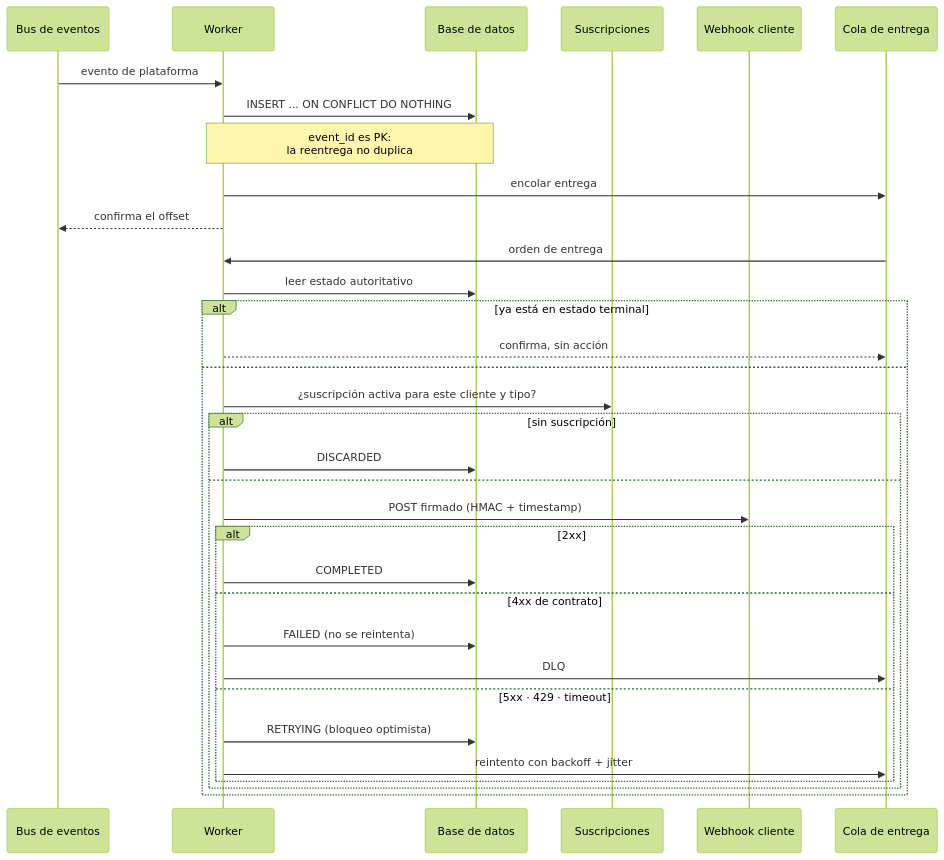
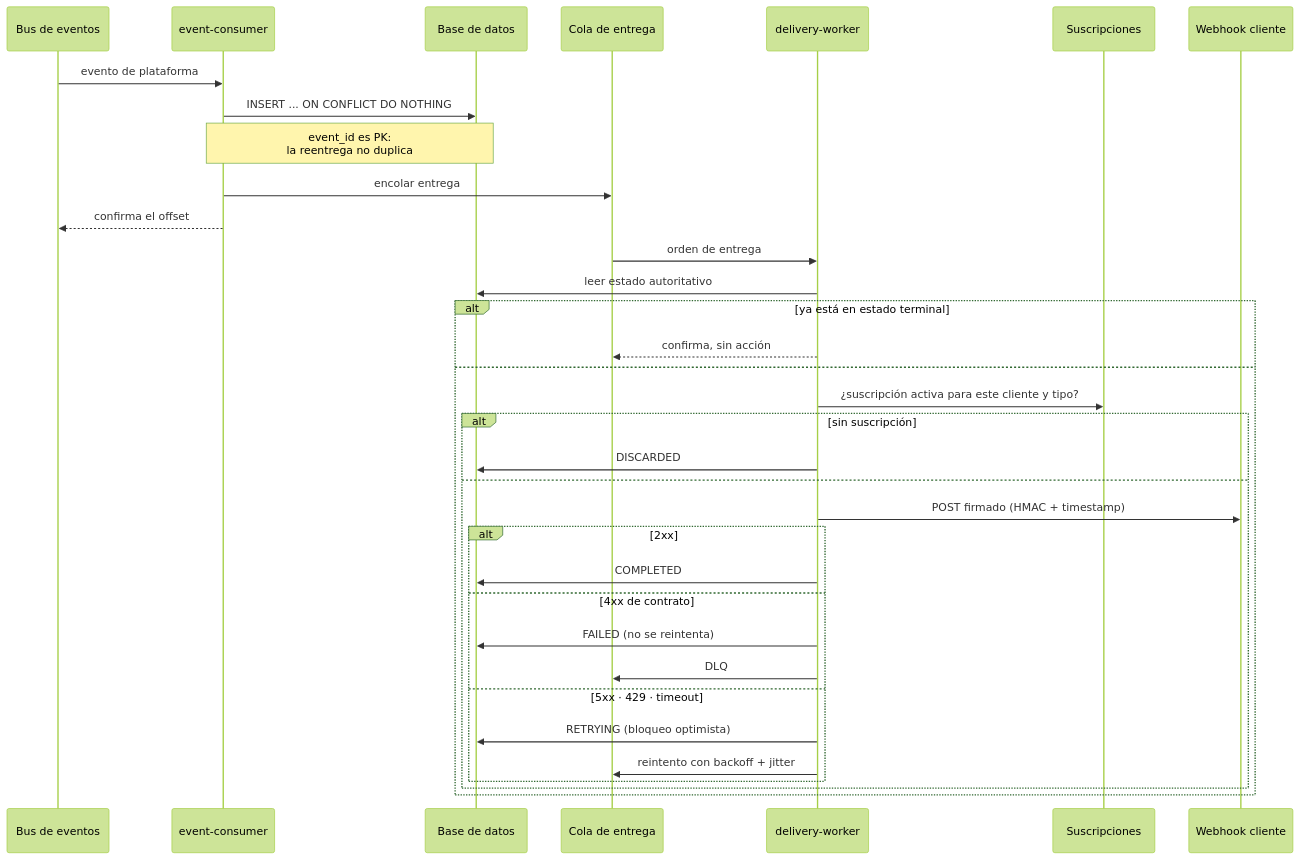
The fourth of 7 diagrams in docs/01-diseno-del-sistema.md (ssalaza7/cobre-notification-delivery), drawn with Mermaid (forest theme) before and after one commit. The commit also changed other lines of this file and 3 other files, not shown here.

First line of the commit message:
docs: actualiza diagramas y referencias a la estructura de tres ejecutables

````diff
--- a/docs/01-diseno-del-sistema.md
+++ b/docs/01-diseno-del-sistema.md
@@ -179,37 +180,38 @@
 ```mermaid
 sequenceDiagram
     participant K as Bus de eventos
-    participant W as Worker
+    participant CON as event-consumer
     participant DB as Base de datos
+    participant Q as Cola de entrega
+    participant W as delivery-worker
     participant S as Suscripciones
     participant H as Webhook cliente
-    participant Q as Cola de entrega
 
-    K->>W: evento de plataforma
-    W->>DB: INSERT ... ON CONFLICT DO NOTHING
-    Note over W,DB: event_id es PK:<br/>la reentrega no duplica
-    W->>Q: encolar entrega
-    W-->>K: confirma el offset
+    K->>CON: evento de plataforma
+    CON->>DB: INSERT ... ON CONFLICT DO NOTHING
+    Note over CON,DB: event_id es PK:<br/>la reentrega no duplica
+    CON->>Q: encolar entrega
+    CON-->>K: confirma el offset
 
     Q->>W: orden de entrega
     W->>DB: leer estado autoritativo
     alt ya está en estado terminal
         W-->>Q: confirma, sin acción
     else
         W->>S: ¿suscripción activa para este cliente y tipo?
         alt sin suscripción
             W->>DB: DISCARDED
         else
             W->>H: POST firmado (HMAC + timestamp)
             alt 2xx
                 W->>DB: COMPLETED
             else 4xx de contrato
                 W->>DB: FAILED (no se reintenta)
                 W->>Q: DLQ
             else 5xx · 429 · timeout
                 W->>DB: RETRYING (bloqueo optimista)
                 W->>Q: reintento con backoff + jitter
             end
         end
     end
 ```
````
